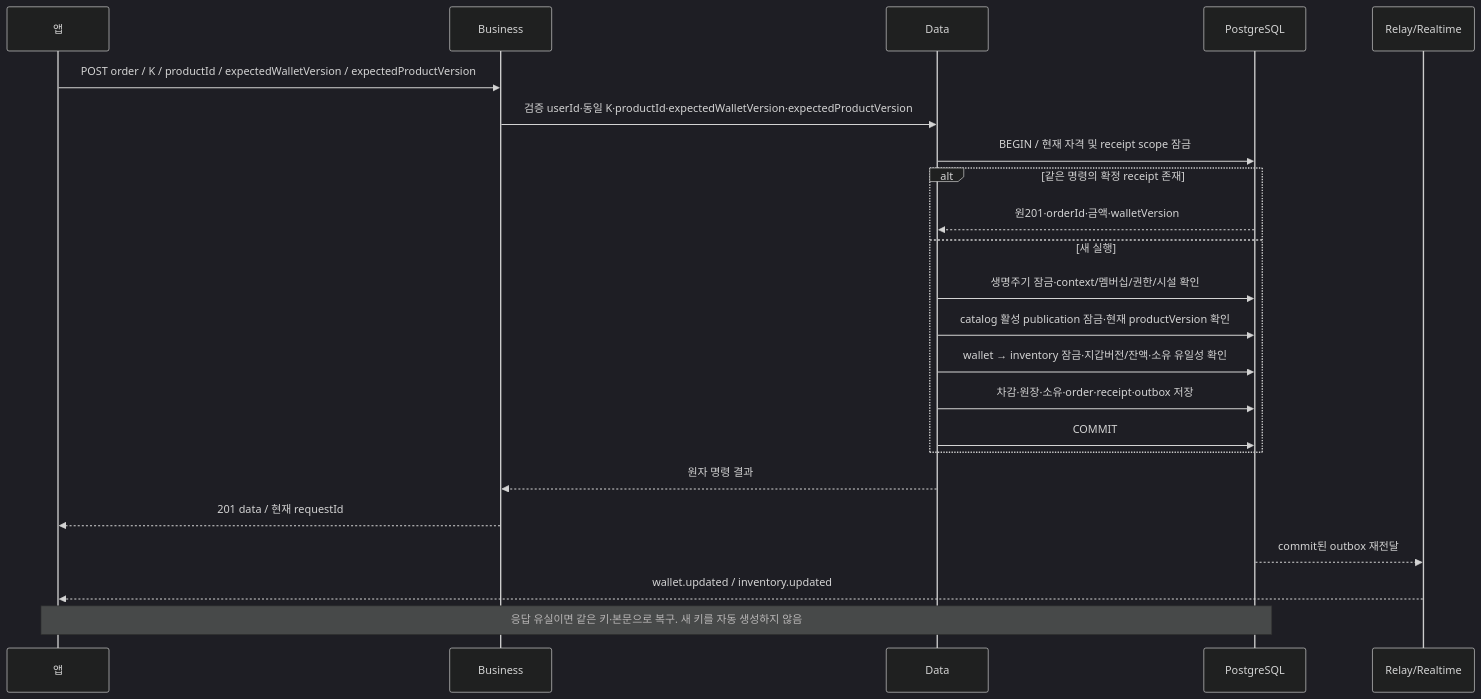
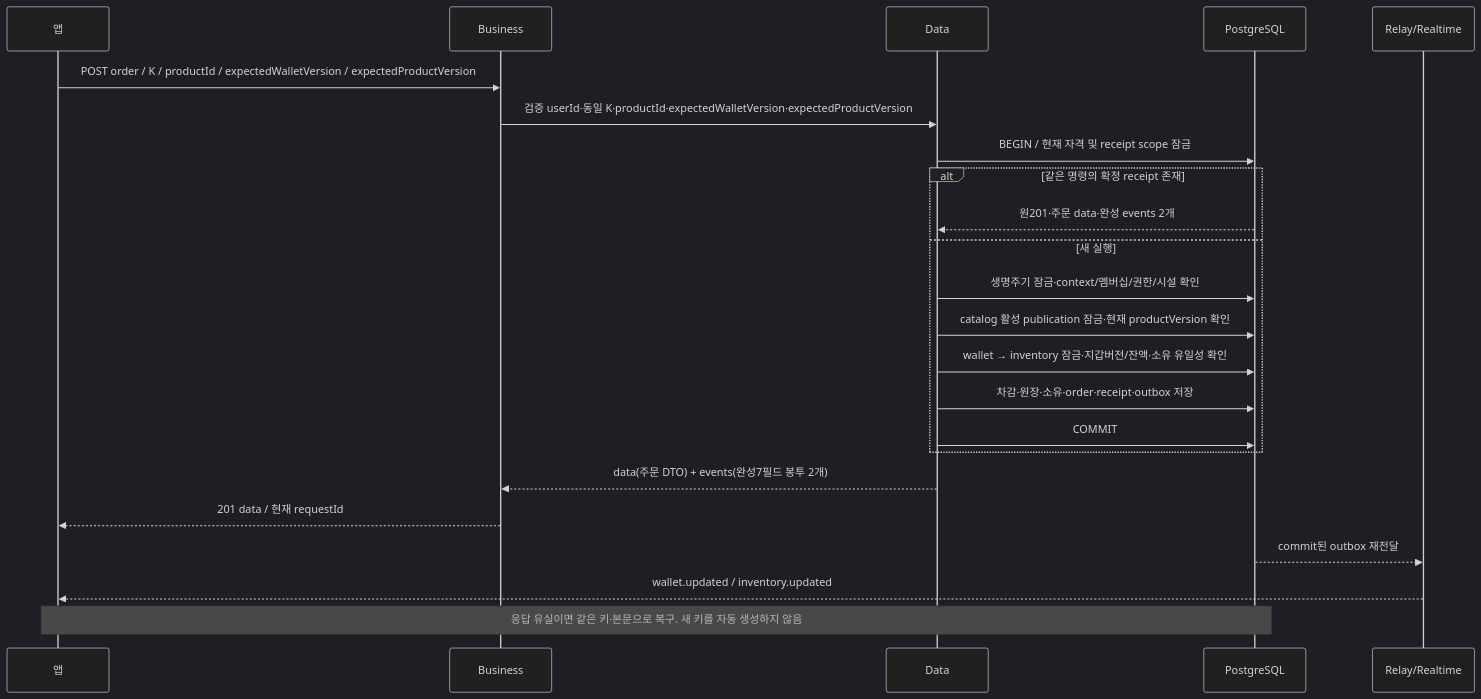
Before and after one commit to OneOrThree/phone: the second of 2 diagrams in docs/prd/island-shop/high-level-design.md, drawn with Mermaid (dark theme). The commit also changed other lines of this file and 3 other files, not shown here.

````diff
--- a/docs/prd/island-shop/high-level-design.md
+++ b/docs/prd/island-shop/high-level-design.md
@@ -36,25 +36,25 @@
 ```mermaid
 sequenceDiagram
   participant A as 앱
   participant B as Business
   participant D as Data
   participant P as PostgreSQL
   participant R as Relay/Realtime
   A->>B: POST order / K / productId / expectedWalletVersion / expectedProductVersion
   B->>D: 검증 userId·동일 K·productId·expectedWalletVersion·expectedProductVersion
   D->>P: BEGIN / 현재 자격 및 receipt scope 잠금
   alt 같은 명령의 확정 receipt 존재
-    P-->>D: 원201·orderId·금액·walletVersion
+    P-->>D: 원201·주문 data·완성 events 2개
   else 새 실행
     D->>P: 생명주기 잠금·context/멤버십/권한/시설 확인
     D->>P: catalog 활성 publication 잠금·현재 productVersion 확인
     D->>P: wallet → inventory 잠금·지갑버전/잔액·소유 유일성 확인
     D->>P: 차감·원장·소유·order·receipt·outbox 저장
     D->>P: COMMIT
   end
-  D-->>B: 원자 명령 결과
+  D-->>B: data(주문 DTO) + events(완성7필드 봉투 2개)
   B-->>A: 201 data / 현재 requestId
   P-->>R: commit된 outbox 재전달
   R-->>A: wallet.updated / inventory.updated
   Note over A,P: 응답 유실이면 같은 키·본문으로 복구. 새 키를 자동 생성하지 않음
 ```
````
